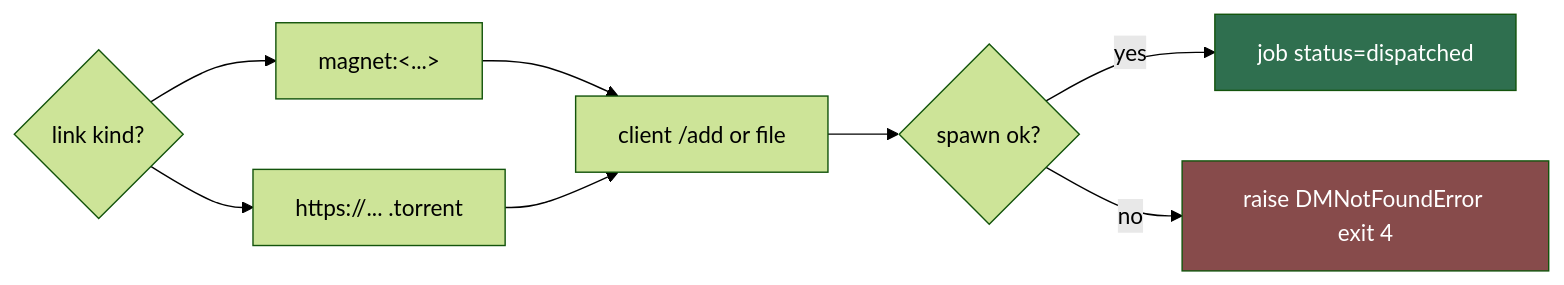
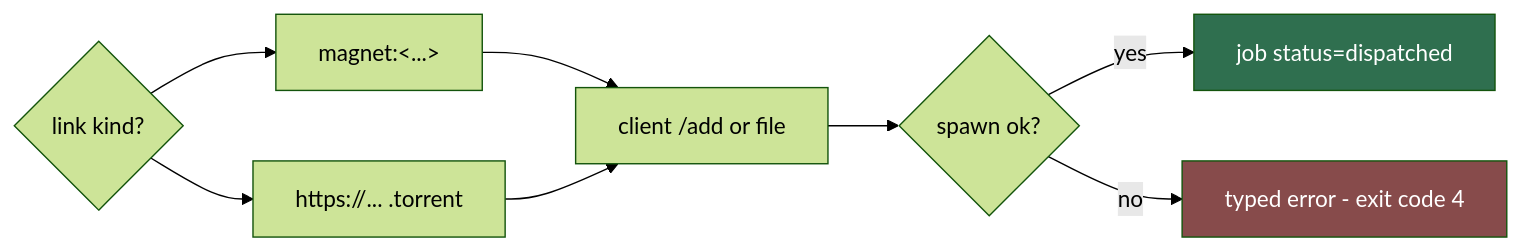
One commit to HELIX-Origin/LewdZone-Launcher changed the diagram in .agents/agents/dm/torrent-adapter/torrent-adapter.md. Above: the diagram before and after it, drawn with Mermaid (forest theme). The commit also changed other lines of this file and 217 other files, not shown here.

````diff
--- a/.agents/agents/dm/torrent-adapter/torrent-adapter.md
+++ b/.agents/agents/dm/torrent-adapter/torrent-adapter.md
@@ -26,13 +26,13 @@
 ```mermaid
 flowchart LR
     T{"link kind?"} --> M["magnet:<...>"]
     T --> F["https://... .torrent"]
     M --> C["client magnet-uri"]
     F --> C["client /add or file"]
     C --> B{"spawn ok?"}
     B -- yes --> D["job status=dispatched"]
-    B -- no --> E["raise DMNotFoundError exit 4"]
+    B -- no --> E["typed error - exit code 4"]
 
     style D fill:#2f6f4f,color:#fff
     style E fill:#874b4b,color:#fff
 ```
````
